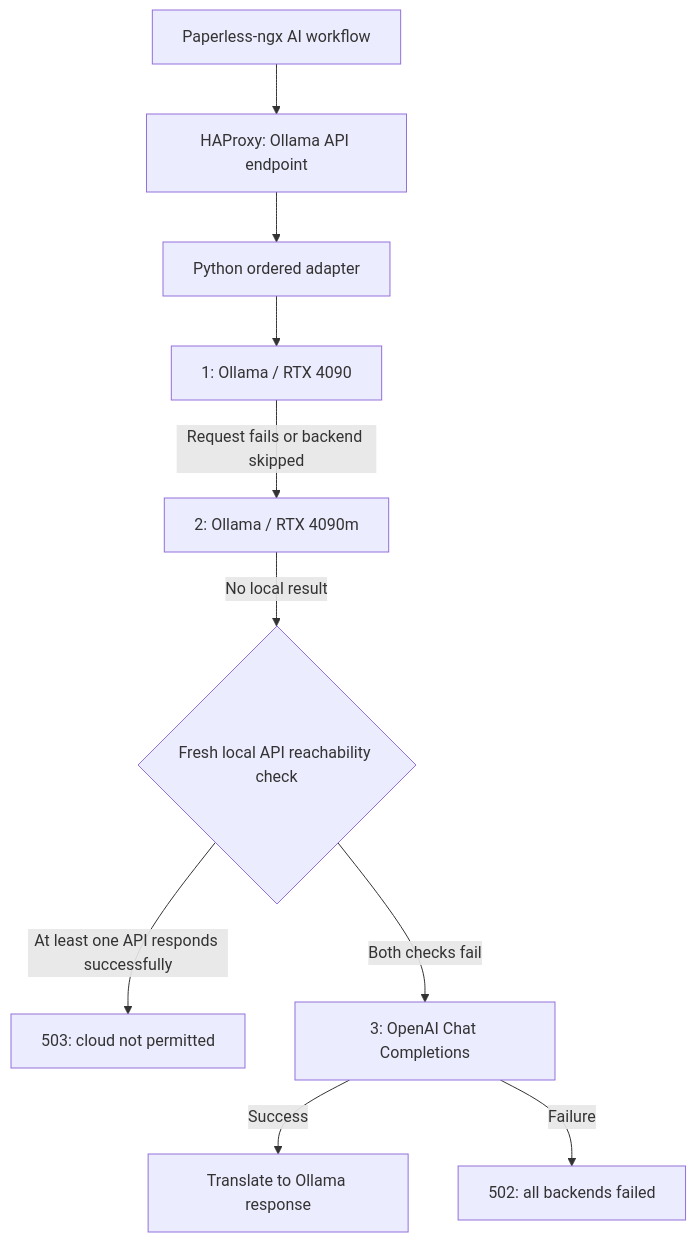
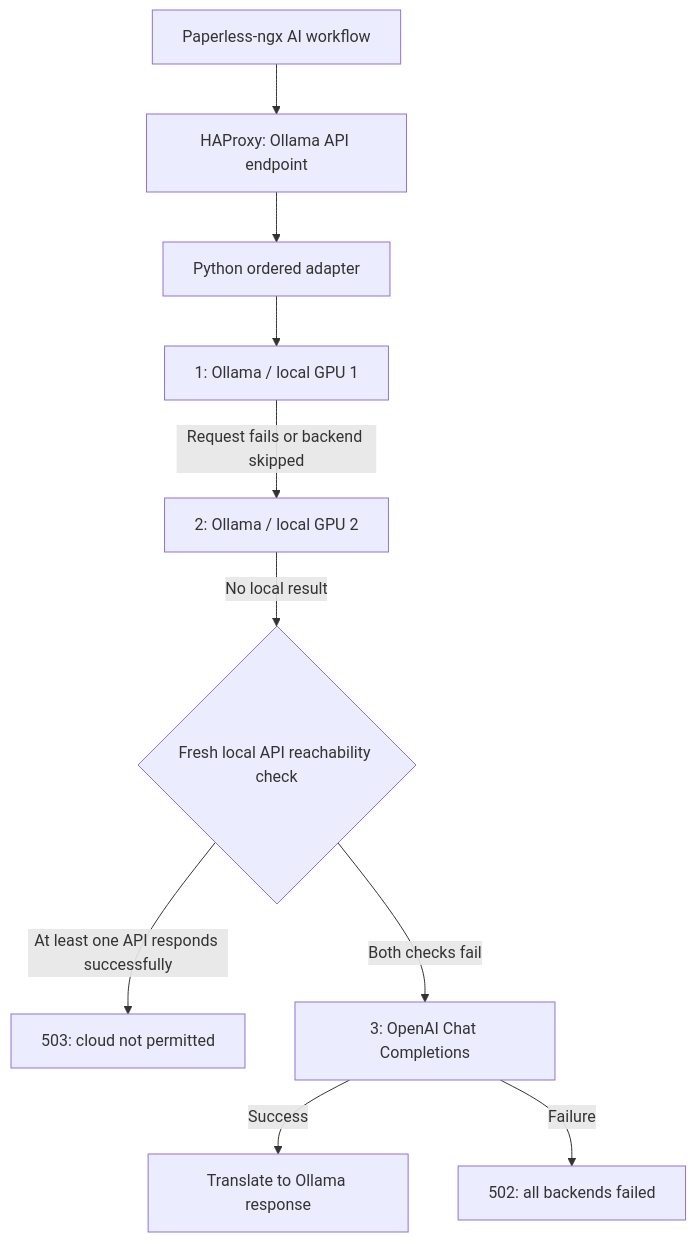
Before and after one commit to mbosch81/paperless-ai-local-cloud-fallback: the diagram in README.md, drawn with Mermaid. The commit also changed other lines of this file and 3 other files, not shown here.

Commit message:
Generalize local provider labels to local GPU 1 and local GPU 2

````diff
--- a/README.md
+++ b/README.md
@@ -11,12 +11,12 @@
 ```mermaid
 flowchart TD
     P[Paperless-ngx AI workflow] --> H[HAProxy: Ollama API endpoint]
     H --> A[Python ordered adapter]
-    A --> R[1: Ollama / RTX 4090]
-    R -->|Request fails or backend skipped| M[2: Ollama / RTX 4090m]
+    A --> R[1: Ollama / local GPU 1]
+    R -->|Request fails or backend skipped| M[2: Ollama / local GPU 2]
     M -->|No local result| G{Fresh local API reachability check}
     G -->|At least one API responds successfully| E[503: cloud not permitted]
     G -->|Both checks fail| O[3: OpenAI Chat Completions]
     O -->|Success| T[Translate to Ollama response]
     O -->|Failure| F[502: all backends failed]
 ```
````
